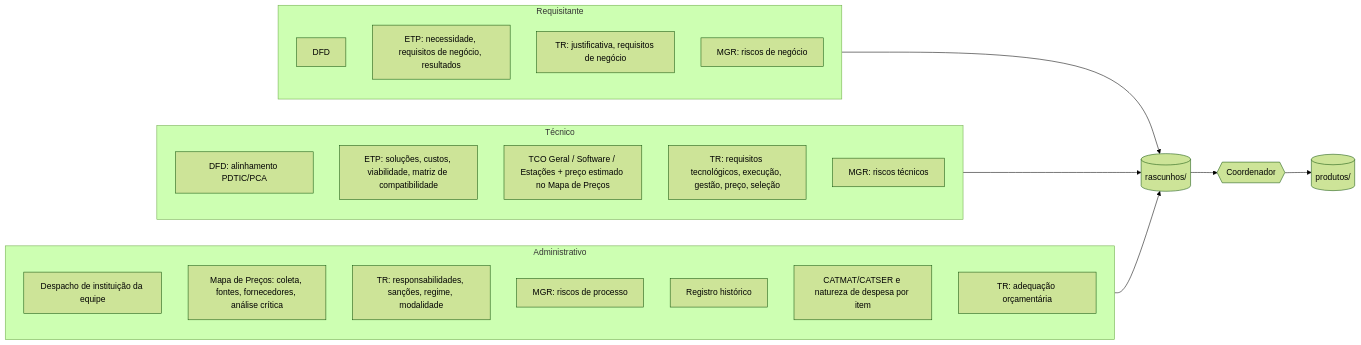
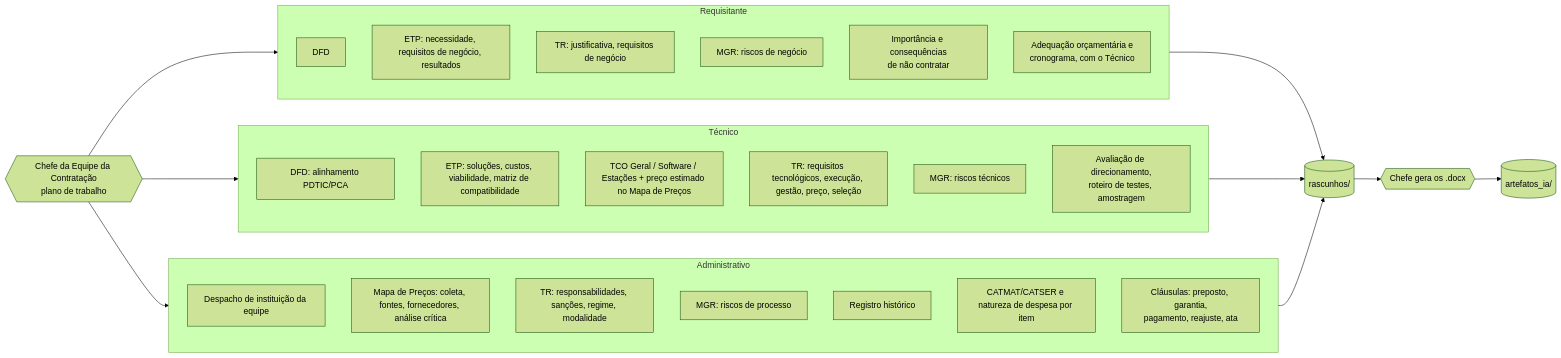
The second of 4 diagrams in README.md (marquesmarcelo/ia-contratacao-tic), drawn with Mermaid (forest theme) before and after one commit. The commit also changed other lines of this file and 48 other files, not shown here.

````diff
--- a/README.md
+++ b/README.md
@@ -100,29 +117,35 @@
 ```mermaid
 flowchart LR
     subgraph R [Requisitante]
         r1[DFD]
         r2[ETP: necessidade, requisitos de negócio, resultados]
         r3[TR: justificativa, requisitos de negócio]
         r4[MGR: riscos de negócio]
+        r5[Importância e consequências<br/>de não contratar]
+        r6[Adequação orçamentária e<br/>cronograma, com o Técnico]
     end
     subgraph T [Técnico]
         t1[DFD: alinhamento PDTIC/PCA]
         t2[ETP: soluções, custos, viabilidade, matriz de compatibilidade]
         t3[TCO Geral / Software / Estações + preço estimado no Mapa de Preços]
         t4[TR: requisitos tecnológicos, execução, gestão, preço, seleção]
         t5[MGR: riscos técnicos]
+        t6[Avaliação de direcionamento,<br/>roteiro de testes, amostragem]
     end
     subgraph AD [Administrativo]
         a1[Despacho de instituição da equipe]
         a2[Mapa de Preços: coleta, fontes, fornecedores, análise crítica]
         a3[TR: responsabilidades, sanções, regime, modalidade]
         a4[MGR: riscos de processo]
         a5[Registro histórico]
         a6[CATMAT/CATSER e natureza de despesa por item]
-        a7[TR: adequação orçamentária]
+        a8[Cláusulas: preposto, garantia,<br/>pagamento, reajuste, ata]
     end
+    CH{{Chefe da Equipe da Contratação<br/>plano de trabalho}} --> R
+    CH --> T
+    CH --> AD
     R --> RAS[(rascunhos/)]
     T --> RAS
     AD --> RAS
-    RAS --> GER{{Coordenador}} --> PROD[(produtos/)]
+    RAS --> GER{{Chefe gera os .docx}} --> PROD[(artefatos_ia/)]
 ```
````
